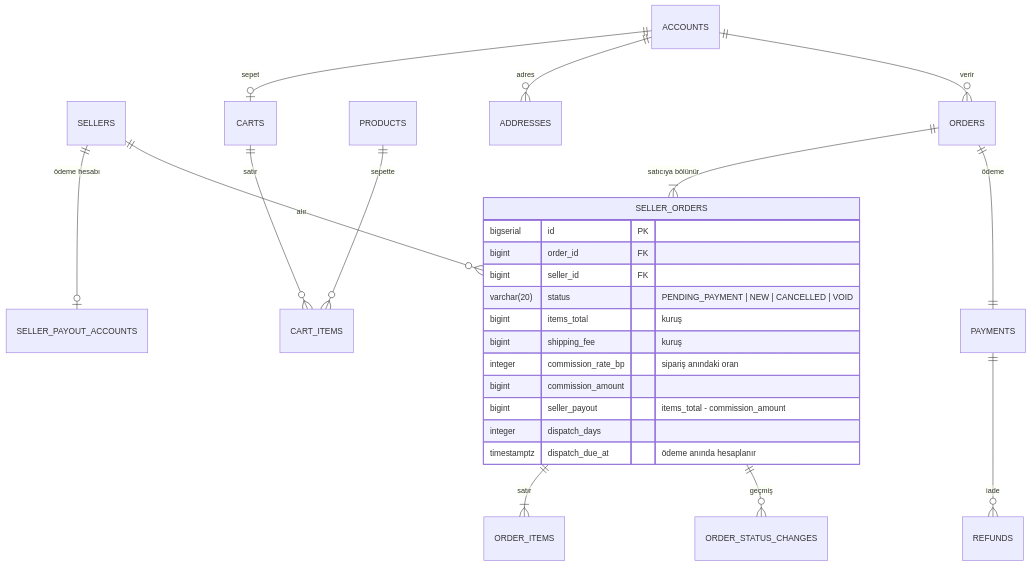
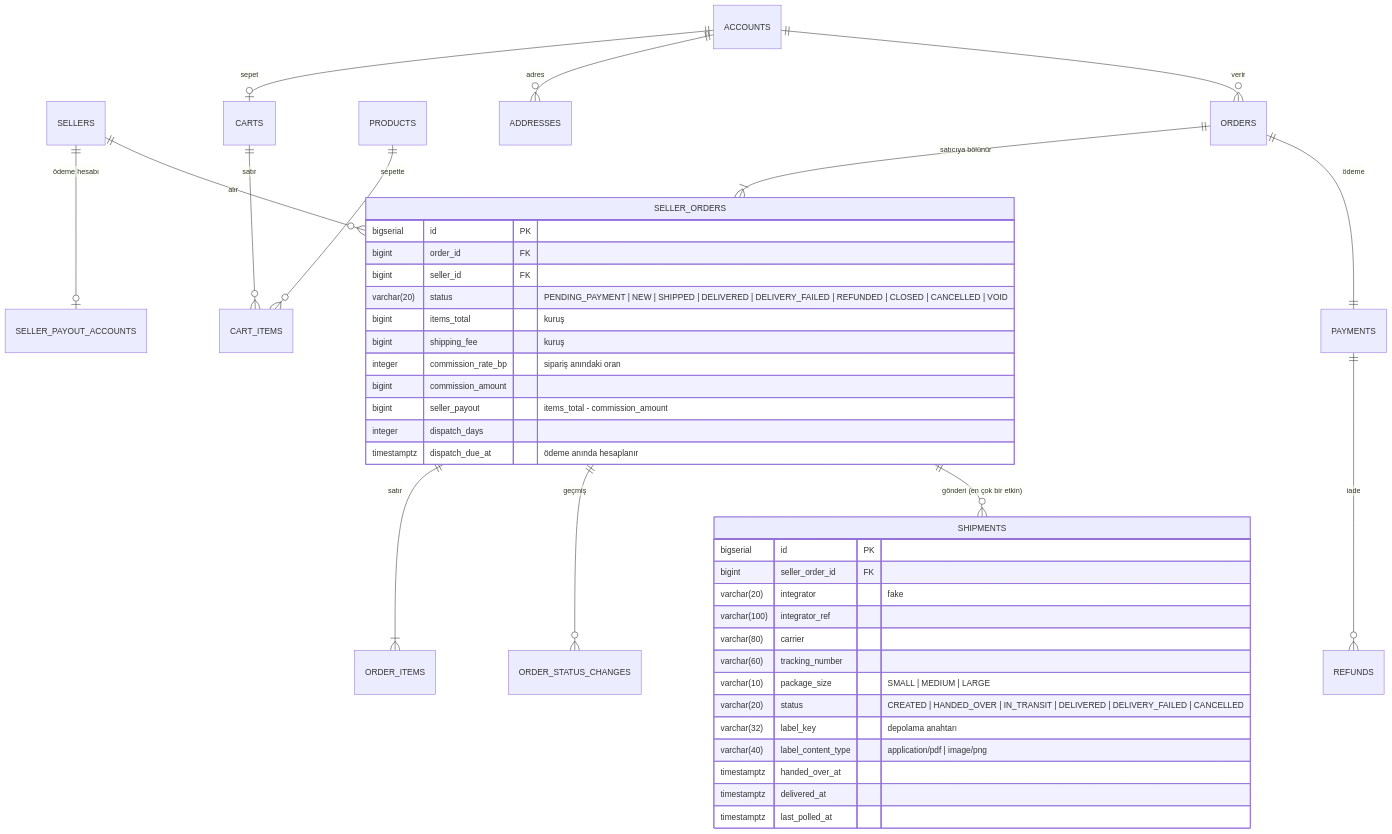
Before and after one commit to sertacozmen1/bahceden: the second of 3 diagrams in docs/reference/01-domain-model.md, drawn with Mermaid. The commit also changed other lines of this file and 107 other files, not shown here.

First line of the commit message:
feat: add shipments with fake integrator, status polling and undelivered resolution (add-shipments)

````diff
--- a/docs/reference/01-domain-model.md
+++ b/docs/reference/01-domain-model.md
@@ -196,29 +194,46 @@
 ```mermaid
 erDiagram
     SELLERS ||--o| SELLER_PAYOUT_ACCOUNTS : "ödeme hesabı"
     ACCOUNTS ||--o| CARTS : "sepet"
     CARTS ||--o{ CART_ITEMS : "satır"
     PRODUCTS ||--o{ CART_ITEMS : "sepette"
     ACCOUNTS ||--o{ ADDRESSES : "adres"
     ACCOUNTS ||--o{ ORDERS : "verir"
     ORDERS ||--|{ SELLER_ORDERS : "satıcıya bölünür"
     SELLERS ||--o{ SELLER_ORDERS : "alır"
     SELLER_ORDERS ||--|{ ORDER_ITEMS : "satır"
     SELLER_ORDERS ||--o{ ORDER_STATUS_CHANGES : "geçmiş"
     ORDERS ||--|| PAYMENTS : "ödeme"
     PAYMENTS ||--o{ REFUNDS : "iade"
+    SELLER_ORDERS ||--o{ SHIPMENTS : "gönderi (en çok bir etkin)"
 
     SELLER_ORDERS {
         bigserial id PK
         bigint order_id FK
         bigint seller_id FK
-        varchar(20) status "PENDING_PAYMENT | NEW | CANCELLED | VOID"
+        varchar(20) status "PENDING_PAYMENT | NEW | SHIPPED | DELIVERED | DELIVERY_FAILED | REFUNDED | CLOSED | CANCELLED | VOID"
         bigint items_total "kuruş"
         bigint shipping_fee "kuruş"
         integer commission_rate_bp "sipariş anındaki oran"
         bigint commission_amount
         bigint seller_payout "items_total - commission_amount"
         integer dispatch_days
         timestamptz dispatch_due_at "ödeme anında hesaplanır"
     }
+
+    SHIPMENTS {
+        bigserial id PK
+        bigint seller_order_id FK
+        varchar(20) integrator "fake"
+        varchar(100) integrator_ref
+        varchar(80) carrier
+        varchar(60) tracking_number
+        varchar(10) package_size "SMALL | MEDIUM | LARGE"
+        varchar(20) status "CREATED | HANDED_OVER | IN_TRANSIT | DELIVERED | DELIVERY_FAILED | CANCELLED"
+        varchar(32) label_key "depolama anahtarı"
+        varchar(40) label_content_type "application/pdf | image/png"
+        timestamptz handed_over_at
+        timestamptz delivered_at
+        timestamptz last_polled_at
+    }
 ```
````
